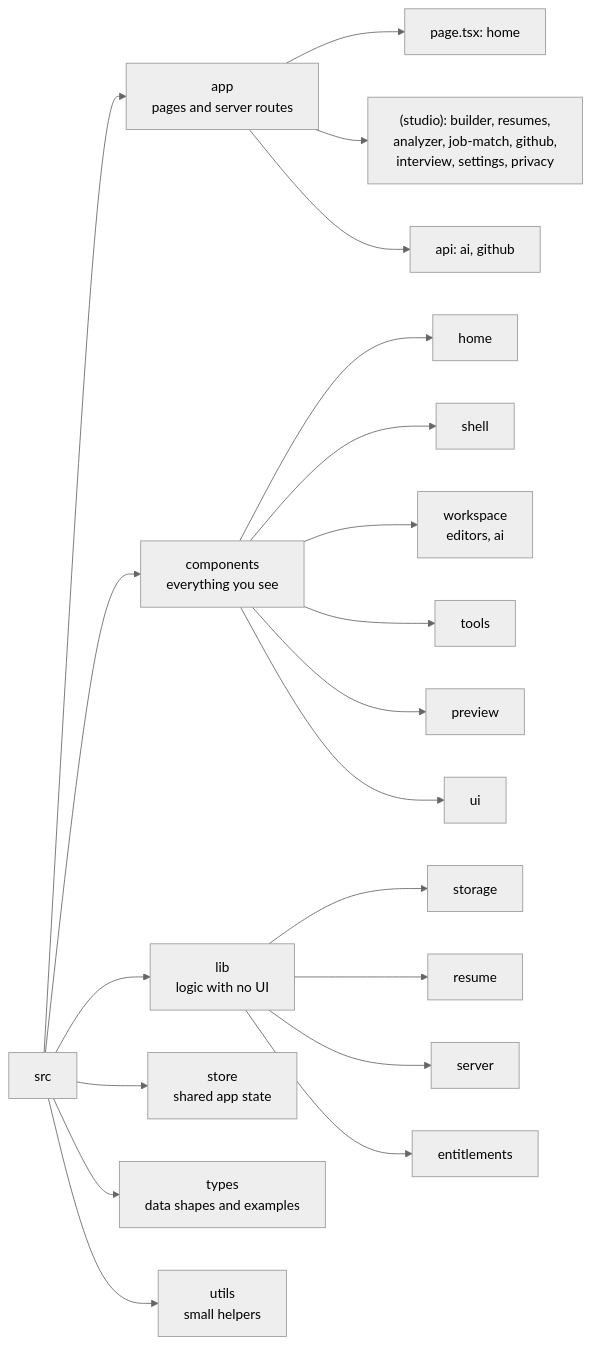
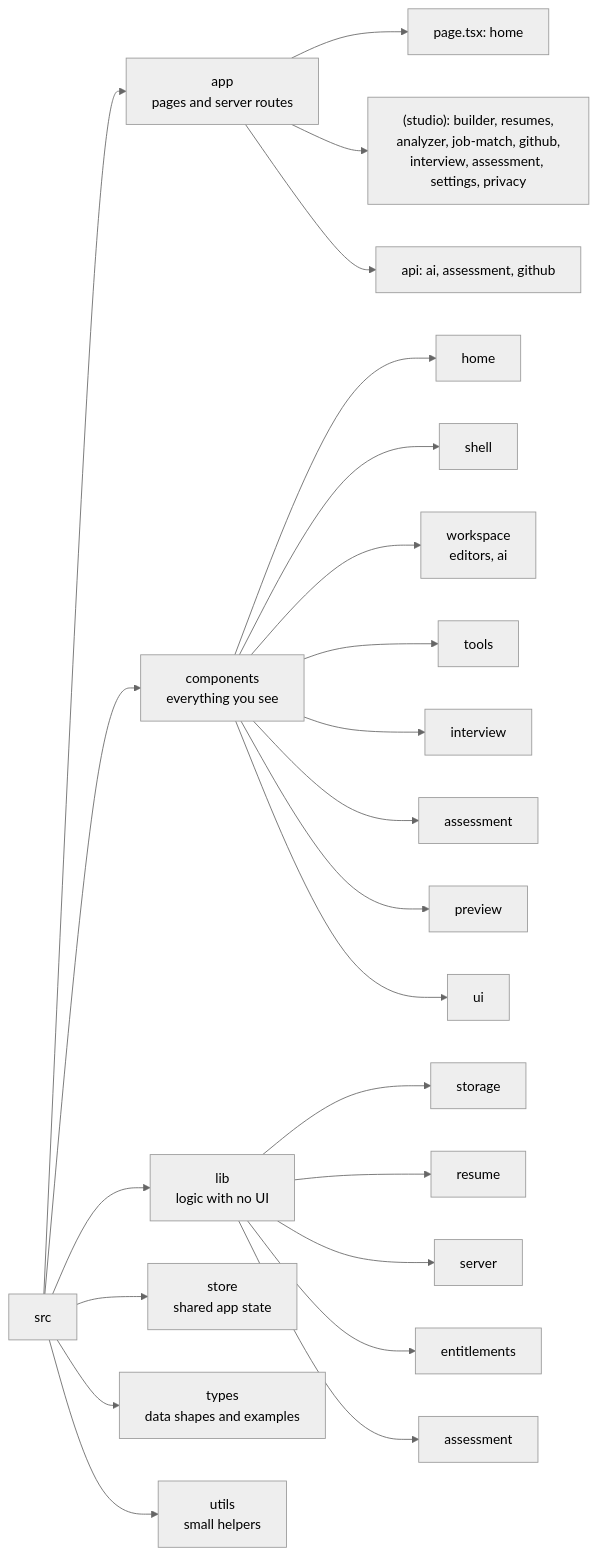
One commit to silent-coder-dev/ai-resume-builder changed the first of 2 diagrams in doc/05-DIRECTORY-MAP.md. Above: the diagram before and after it, drawn with Mermaid (neutral theme). The commit also changed other lines of this file and 48 other files, not shown here.

````diff
--- a/doc/05-DIRECTORY-MAP.md
+++ b/doc/05-DIRECTORY-MAP.md
@@ -34,25 +34,28 @@
 ```mermaid
 flowchart LR
     SRC["src"] --> APP["app<br/>pages and server routes"]
     SRC --> COMP["components<br/>everything you see"]
     SRC --> LIB["lib<br/>logic with no UI"]
     SRC --> STORE["store<br/>shared app state"]
     SRC --> TYPES["types<br/>data shapes and examples"]
     SRC --> UTILS["utils<br/>small helpers"]
 
     APP --> A1["page.tsx: home"]
-    APP --> A2["(studio): builder, resumes,<br/>analyzer, job-match, github,<br/>interview, settings, privacy"]
-    APP --> A3["api: ai, github"]
+    APP --> A2["(studio): builder, resumes,<br/>analyzer, job-match, github,<br/>interview, assessment, settings, privacy"]
+    APP --> A3["api: ai, assessment, github"]
 
     COMP --> C1["home"]
     COMP --> C2["shell"]
     COMP --> C3["workspace<br/>editors, ai"]
     COMP --> C4["tools"]
+    COMP --> C7["interview"]
+    COMP --> C8["assessment"]
     COMP --> C5["preview"]
     COMP --> C6["ui"]
 
     LIB --> L1["storage"]
     LIB --> L2["resume"]
     LIB --> L3["server"]
     LIB --> L4["entitlements"]
+    LIB --> L5["assessment"]
 ```
````
